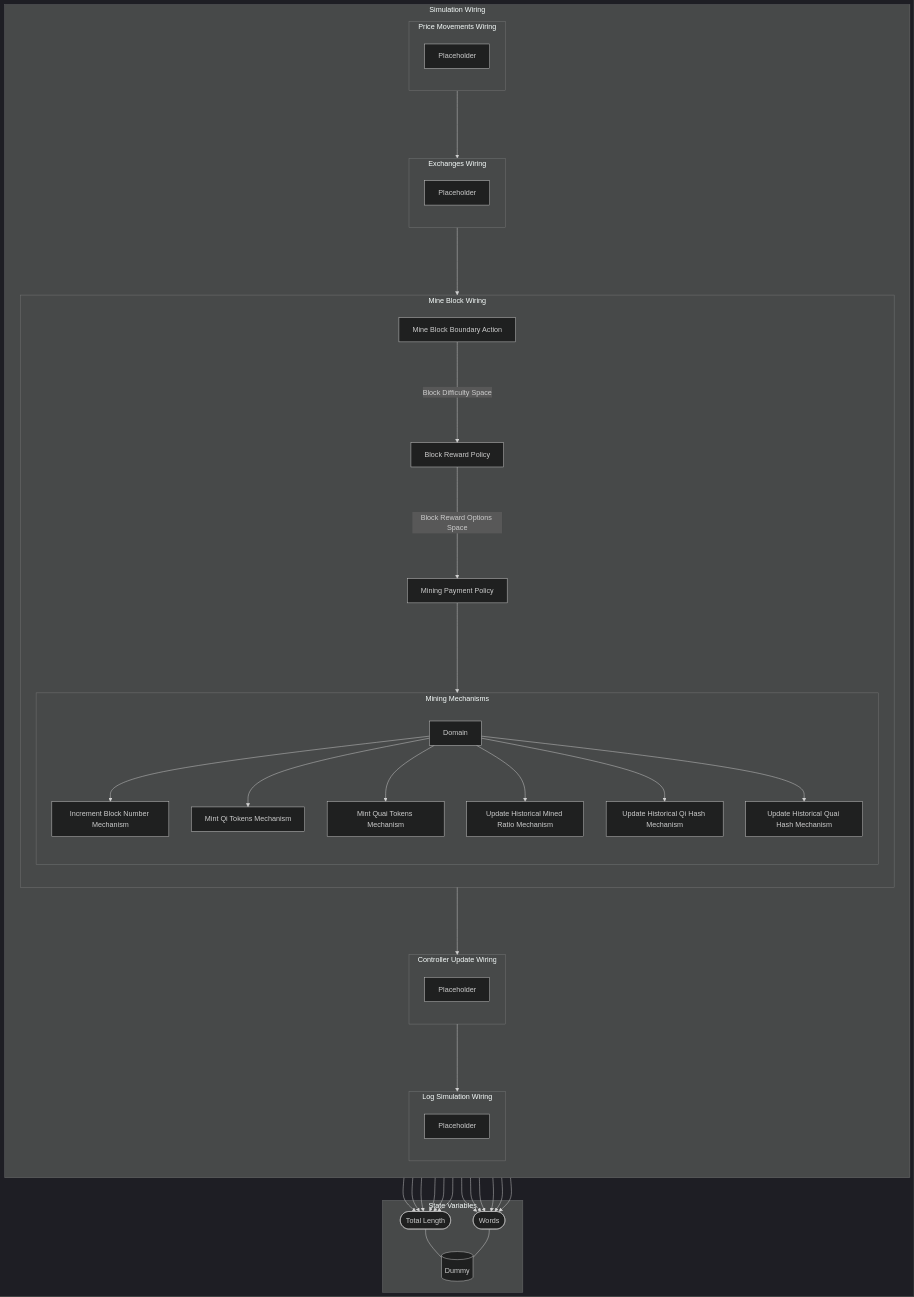
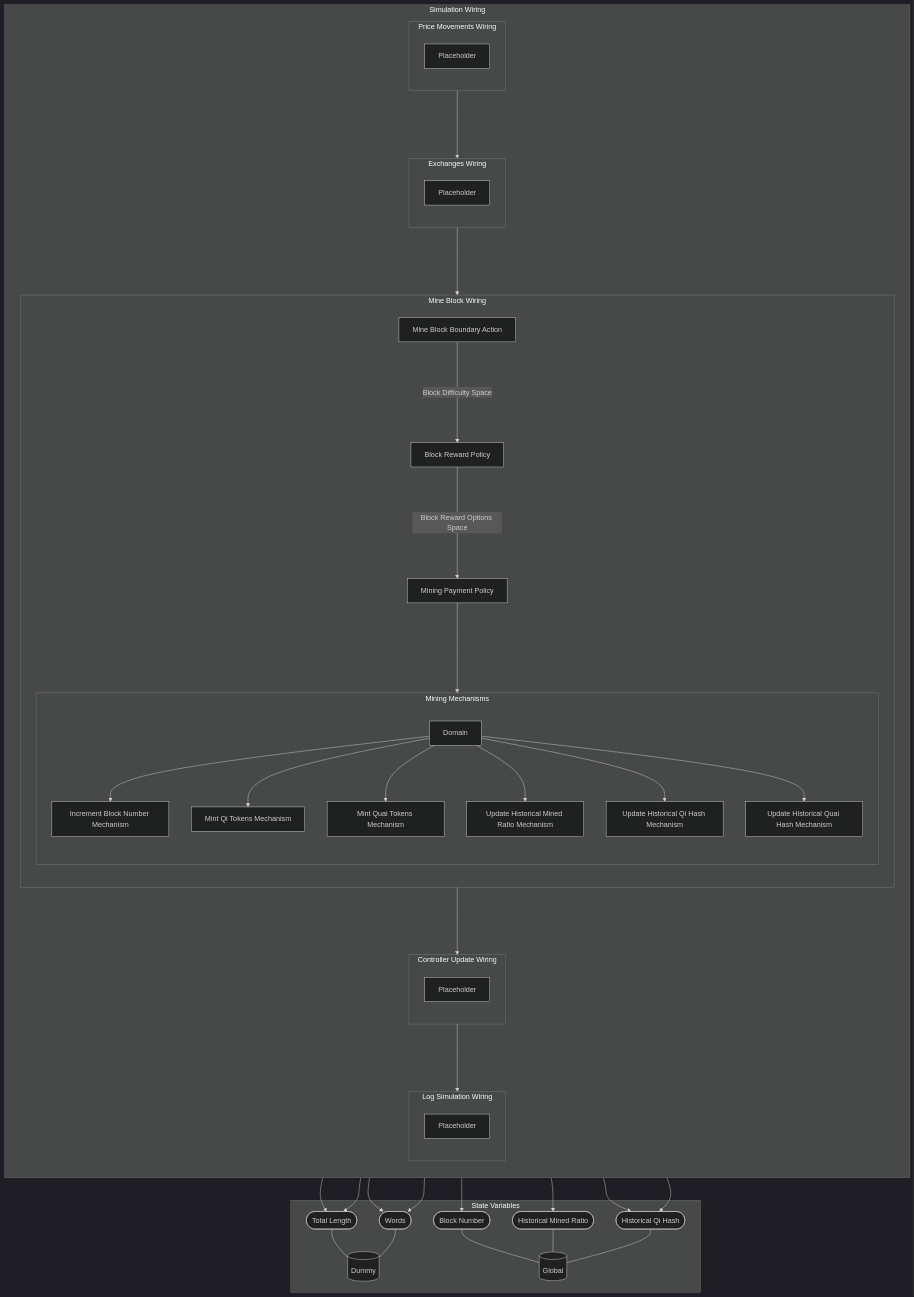
The diagram in Research/MSML Scaffold/Wiring/Simulation Wiring.md (dominant-strategies/Quai-Macro-Model), drawn with Mermaid (dark theme) before and after one commit. The commit also changed other lines of this file and 23 other files, not shown here.

````diff
--- a/Research/MSML Scaffold/Wiring/Simulation Wiring.md
+++ b/Research/MSML Scaffold/Wiring/Simulation Wiring.md
@@ -3,75 +3,78 @@
 ```mermaid
 graph TB
 
 subgraph SVS["State Variables"]
 EE0[("Dummy")]
+EE1[("Global")]
 EES0(["Total Length"])
 EES0 --- EE0
 EES1(["Words"])
 EES1 --- EE0
+EES2(["Block Number"])
+EES2 --- EE1
+EES3(["Historical Mined Ratio"])
+EES3 --- EE1
+EES4(["Historical Qi Hash"])
+EES4 --- EE1
 end
 
 subgraph X22["Simulation Wiring"]
 direction TB
 subgraph X2["Price Movements Wiring"]
 direction TB
 X1["Placeholder"]
 end
 subgraph X4["Exchanges Wiring"]
 direction TB
 X3["Placeholder"]
 end
 subgraph X17["Mine Block Wiring"]
 direction TB
 X5["Mine Block Boundary Action"]
 X6["Block Reward Policy"]
 X7["Mining Payment Policy"]
 subgraph X16["Mining Mechanisms"]
 direction TB
 X8["Increment Block Number Mechanism"]
-X8 --> EES1
-X8 --> EES0
+X8 --> EES2
 X9["Mint Qi Tokens Mechanism"]
 X9 --> EES1
 X9 --> EES0
 X10["Mint Quai Tokens Mechanism"]
 X10 --> EES1
 X10 --> EES0
 X11["Update Historical Mined Ratio Mechanism"]
-X11 --> EES1
-X11 --> EES0
+X11 --> EES3
 X12["Update Historical Qi Hash Mechanism"]
-X12 --> EES1
-X12 --> EES0
+X12 --> EES4
 X13["Update Historical Quai Hash Mechanism"]
-X13 --> EES1
-X13 --> EES0
+X13 --> EES4
 X14[Domain]
 
 direction LR
 direction TB
 X14 --> X8
 X14 --> X9
 X14 --> X10
 X14 --> X11
 X14 --> X12
 X14 --> X13
 end
 X5--"Block Difficulty Space"--->X6
 X6--"Block Reward Options Space"--->X7
 X7--->X16
 end
 subgraph X19["Controller Update Wiring"]
 direction TB
 X18["Placeholder"]
 end
 subgraph X21["Log Simulation Wiring"]
 direction TB
 X20["Placeholder"]
 end
 X2--->X4
 X4--->X17
 X17--->X19
 X19--->X21
 end
 ```
````
